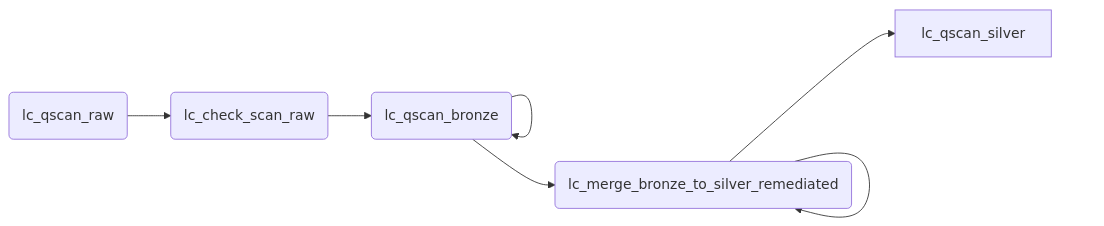
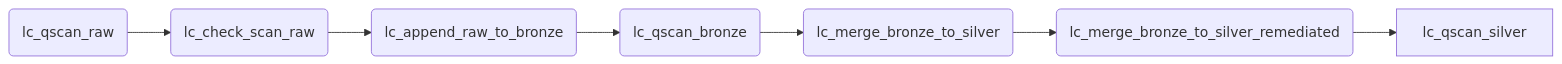
The diagram in airflow-medallion/README.md (pete-qualytics/qualytics-examples), drawn with Mermaid before and after one commit.

````diff
--- a/airflow-medallion/README.md
+++ b/airflow-medallion/README.md
@@ -14,4 +14,4 @@
 ```mermaid
 graph LR
-A(lc_qscan_raw) --> B(lc_check_scan_raw) --> C(lc_append_raw_to_bronze) --> C(lc_qscan_bronze) --> E(lc_merge_bronze_to_silver)  --> E(lc_merge_bronze_to_silver_remediated)  --> G[lc_qscan_silver]
+A(lc_qscan_raw) --> B(lc_check_scan_raw) --> C(lc_append_raw_to_bronze) --> D(lc_qscan_bronze) --> E(lc_merge_bronze_to_silver)  --> F(lc_merge_bronze_to_silver_remediated)  --> G[lc_qscan_silver]
 ```
````
